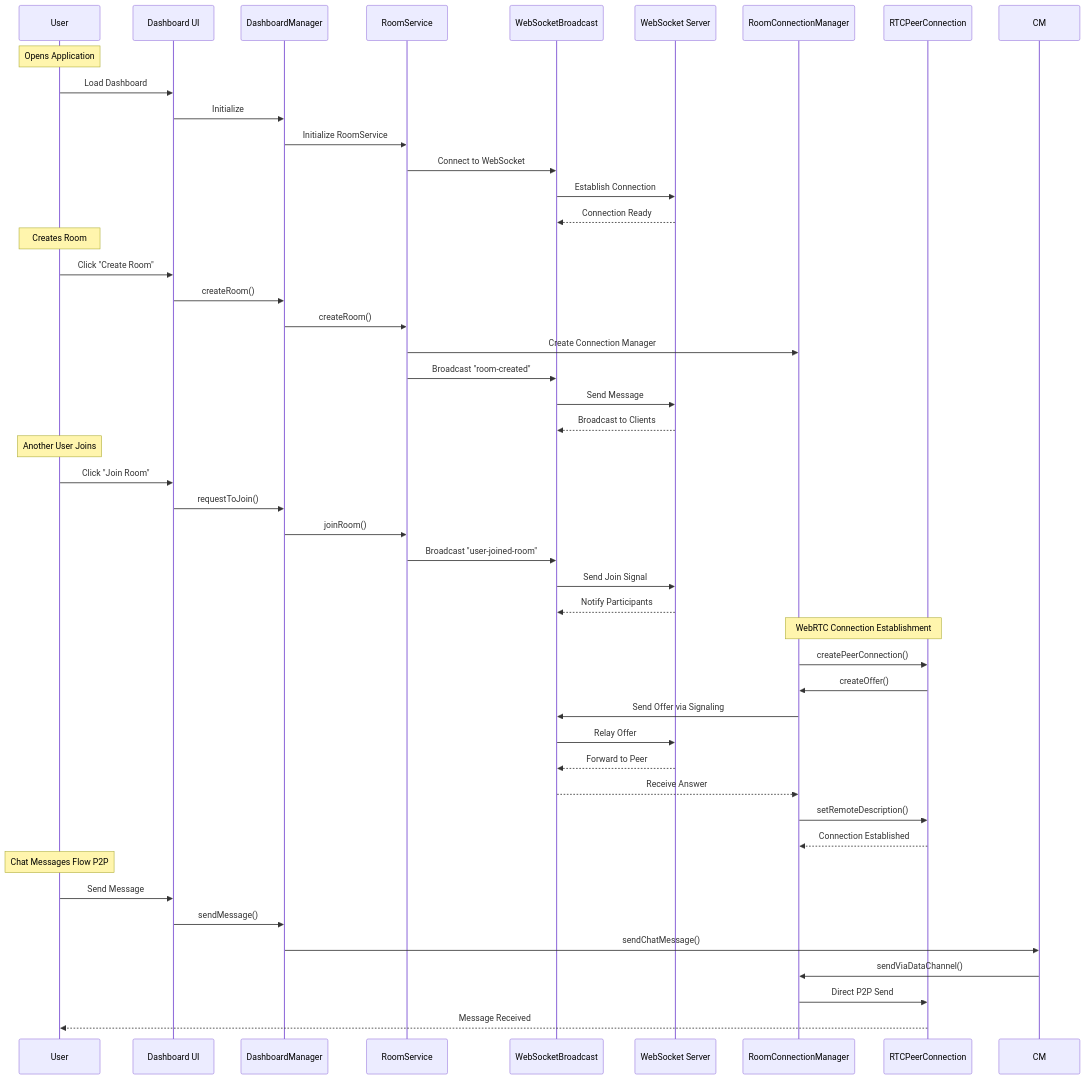
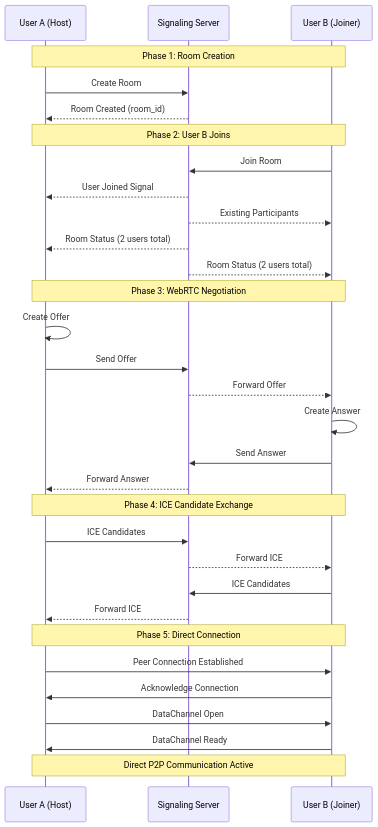
Before and after one commit to xlp0/LandingPage: the third of 11 diagrams in docs/webrtc-dashboard-architecture.md, drawn with Mermaid. The commit also changed other lines of this file, not shown here.

First line of the commit message:
RESTORE: Use our comprehensive architecture document (1099 lines)

````diff
--- a/docs/webrtc-dashboard-architecture.md
+++ b/docs/webrtc-dashboard-architecture.md
@@ -107,54 +194,39 @@
 ```mermaid
 sequenceDiagram
-    participant User
-    participant UI as Dashboard UI
-    participant DM as DashboardManager
-    participant RS as RoomService
-    participant WBS as WebSocketBroadcast
-    participant WS as WebSocket Server
-    participant RCM as RoomConnectionManager
-    participant WebRTC as RTCPeerConnection
+    participant A as User A (Host)
+    participant S as Signaling Server
+    participant B as User B (Joiner)
     
-    Note over User: Opens Application
-    User->>UI: Load Dashboard
-    UI->>DM: Initialize
-    DM->>RS: Initialize RoomService
-    RS->>WBS: Connect to WebSocket
-    WBS->>WS: Establish Connection
-    WS-->>WBS: Connection Ready
+    Note over A,B: Phase 1: Room Creation
+    A->>S: Create Room
+    S-->>A: Room Created (room_id)
     
-    Note over User: Creates Room
-    User->>UI: Click "Create Room"
-    UI->>DM: createRoom()
-    DM->>RS: createRoom()
-    RS->>RCM: Create Connection Manager
-    RS->>WBS: Broadcast "room-created"
-    WBS->>WS: Send Message
-    WS-->>WBS: Broadcast to Clients
+    Note over A,B: Phase 2: User B Joins
+    B->>S: Join Room
+    S-->>A: User Joined Signal
+    S-->>B: Existing Participants
+    S-->>A: Room Status (2 users total)
+    S-->>B: Room Status (2 users total)
     
-    Note over User: Another User Joins
-    User->>UI: Click "Join Room"
-    UI->>DM: requestToJoin()
-    DM->>RS: joinRoom()
-    RS->>WBS: Broadcast "user-joined-room"
-    WBS->>WS: Send Join Signal
-    WS-->>WBS: Notify Participants
+    Note over A,B: Phase 3: WebRTC Negotiation
+    A->>A: Create Offer
+    A->>S: Send Offer
+    S-->>B: Forward Offer
     
-    Note over RCM,WebRTC: WebRTC Connection Establishment
-    RCM->>WebRTC: createPeerConnection()
-    WebRTC->>RCM: createOffer()
-    RCM->>WBS: Send Offer via Signaling
-    WBS->>WS: Relay Offer
-    WS-->>WBS: Forward to Peer
-    WBS-->>RCM: Receive Answer
-    RCM->>WebRTC: setRemoteDescription()
-    WebRTC-->>RCM: Connection Established
+    B->>B: Create Answer
+    B->>S: Send Answer
+    S-->>A: Forward Answer
     
-    Note over User: Chat Messages Flow P2P
-    User->>UI: Send Message
-    UI->>DM: sendMessage()
-    DM->>CM: sendChatMessage()
-    CM->>RCM: sendViaDataChannel()
-    RCM->>WebRTC: Direct P2P Send
-    WebRTC-->>User: Message Received
+    Note over A,B: Phase 4: ICE Candidate Exchange
+    A->>S: ICE Candidates
+    S-->>B: Forward ICE
+    B->>S: ICE Candidates
+    S-->>A: Forward ICE
+    
+    Note over A,B: Phase 5: Direct Connection
+    A->>B: Peer Connection Established
+    B->>A: Acknowledge Connection
+    A->>B: DataChannel Open
+    B->>A: DataChannel Ready
+    Note over A,B: Direct P2P Communication Active
 ```
````
